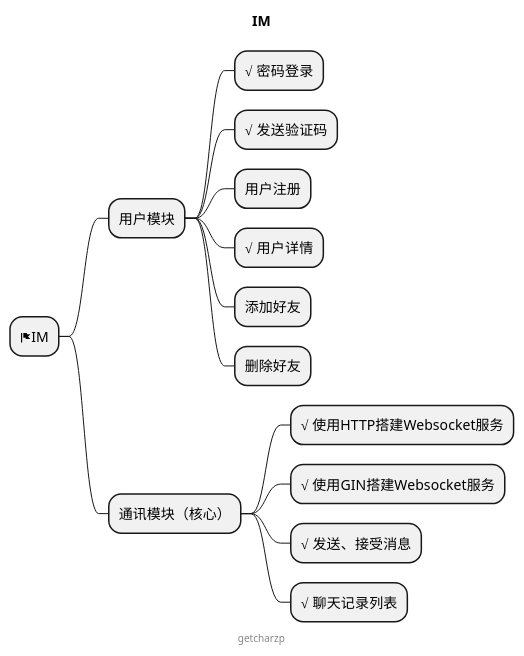
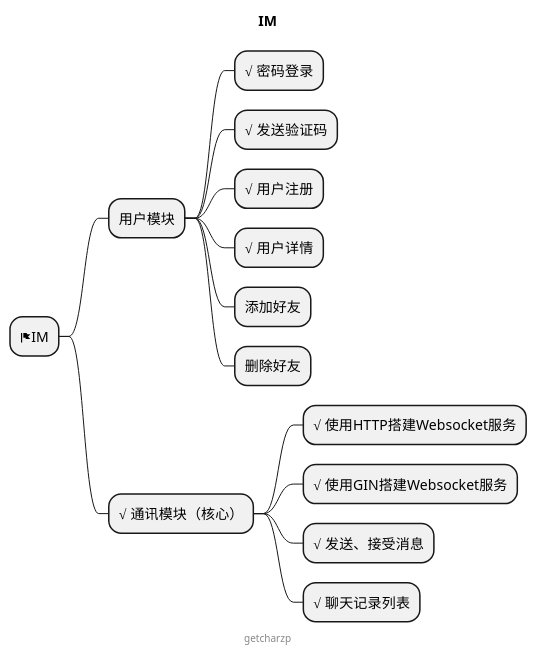
The diagram in MIND.puml (GetcharZp/im), drawn with PlantUML before and after one commit. The commit also changed 9 other files, not shown here.

```diff
--- a/MIND.puml
+++ b/MIND.puml
@@ -1,21 +1,21 @@
 @startmindmap
 
 title IM
 
 * <&flag>IM
 ** 用户模块
 *** √ 密码登录
 *** √ 发送验证码
-*** 用户注册
+*** √ 用户注册
 *** √ 用户详情
 *** 添加好友
 *** 删除好友
-** 通讯模块（核心）
+** √ 通讯模块（核心）
 *** √ 使用HTTP搭建Websocket服务
 *** √ 使用GIN搭建Websocket服务
 *** √ 发送、接受消息
 *** √ 聊天记录列表
 
 center footer getcharzp
 
 @endmindmap
```
